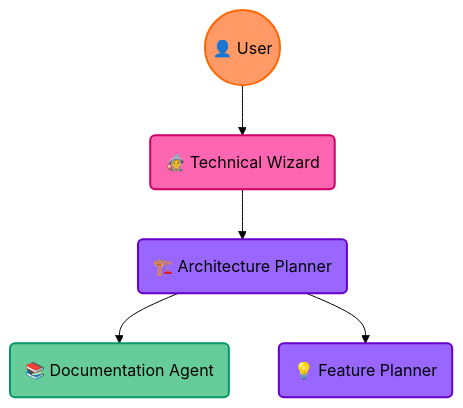
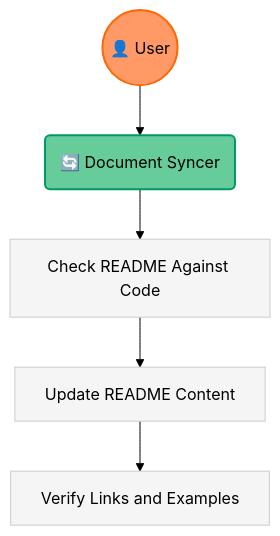
The fourth of 4 diagrams in crules-website/docs/examples/agent-workflows.md (nsnarender5511/cpp-site), drawn with Mermaid (forest theme) before and after one commit. The commit also changed other lines of this file and 42 other files, not shown here.

````diff
--- a/crules-website/docs/examples/agent-workflows.md
+++ b/crules-website/docs/examples/agent-workflows.md
@@ -150,13 +138,13 @@
 ```mermaid
 flowchart TD
-    User((👤 User)) --> Wizard(🧙 Technical Wizard)
-    Wizard --> ArchPlanner(🏗️ Architecture Planner)
-    ArchPlanner --> DocAgent(📚 Documentation Agent)
-    ArchPlanner --> FeaturePlanner(💡 Feature Planner)
+    User((👤 User)) --> DocSyncer(🔄 Document Syncer)
+    DocSyncer --> CheckReadme[Check README Against Code]
+    CheckReadme --> UpdateReadme[Update README Content]
+    UpdateReadme --> VerifyLinks[Verify Links and Examples]
     
     style User fill:#ff9966,stroke:#ff6600,stroke-width:2px
-    style Wizard fill:#ff66b2,stroke:#cc0066,stroke-width:2px
-    style ArchPlanner fill:#9966ff,stroke:#6600cc,stroke-width:2px
-    style DocAgent fill:#66cc99,stroke:#009966,stroke-width:2px
-    style FeaturePlanner fill:#9966ff,stroke:#6600cc,stroke-width:2px
+    style DocSyncer fill:#66cc99,stroke:#009966,stroke-width:2px
+    style CheckReadme fill:#f5f5f5,stroke:#cccccc,stroke-width:1px
+    style UpdateReadme fill:#f5f5f5,stroke:#cccccc,stroke-width:1px
+    style VerifyLinks fill:#f5f5f5,stroke:#cccccc,stroke-width:1px
 ```
````
